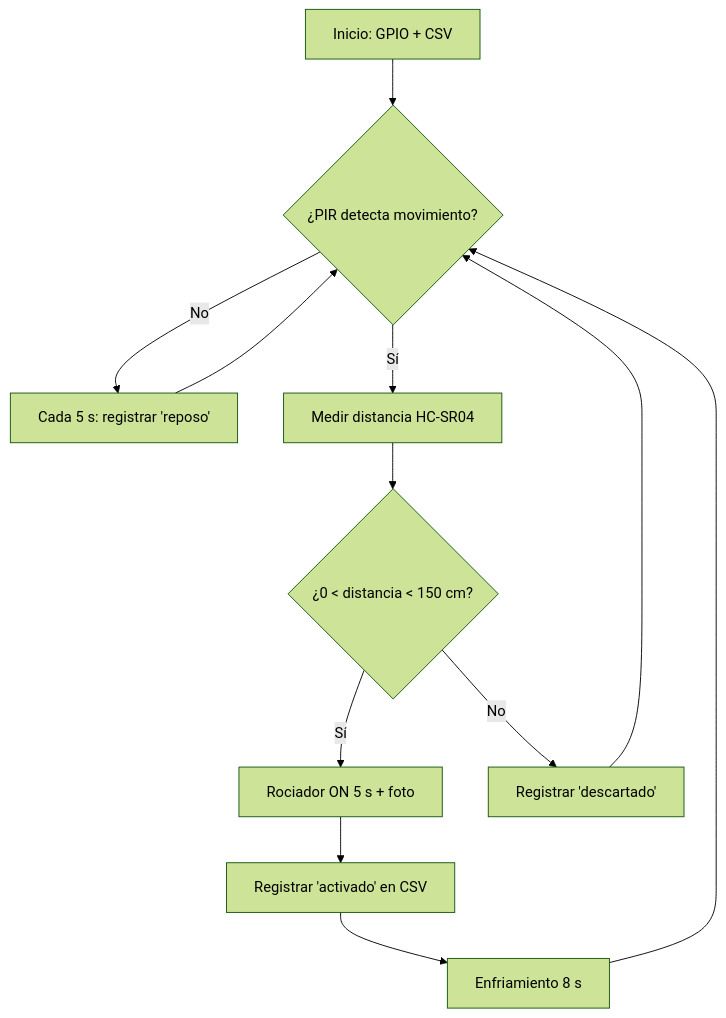
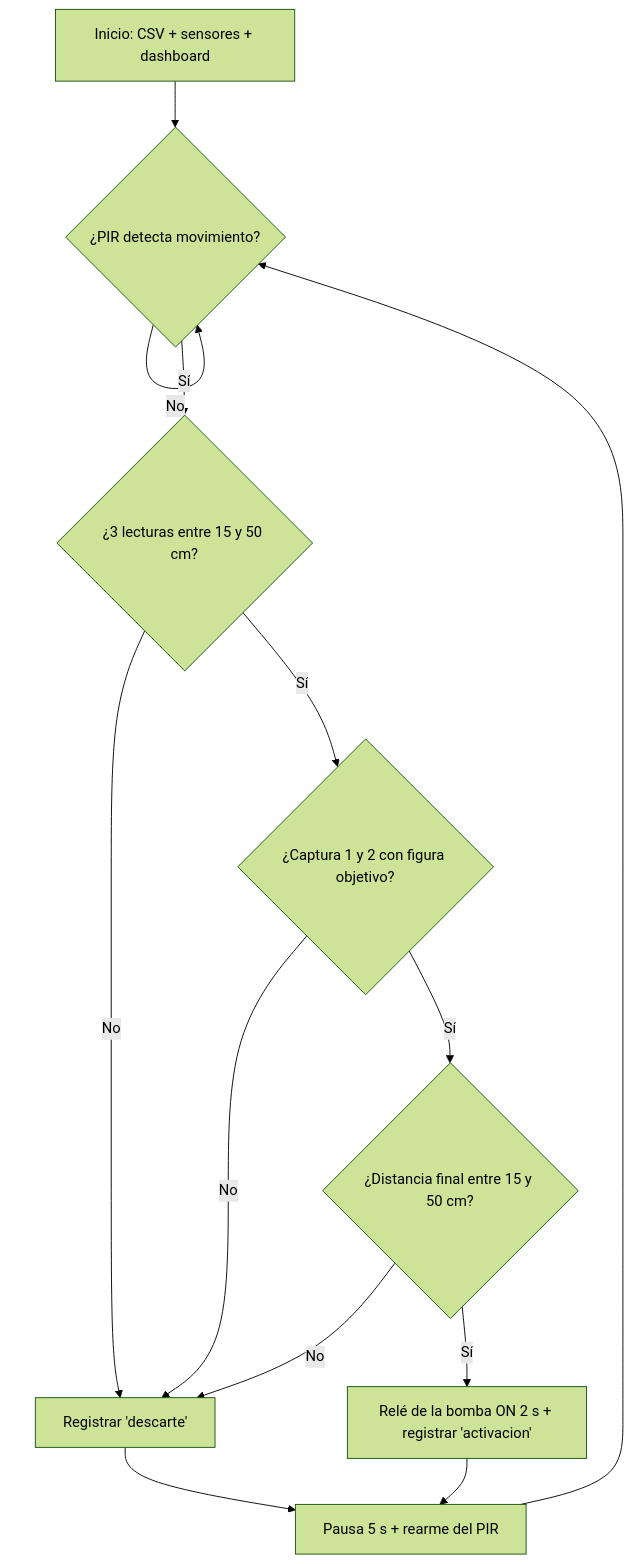
The diagram in software/docs/README.md (Joa-rmz/proyecto_Final_TEI201), drawn with Mermaid (forest theme) before and after one commit. The commit also changed other lines of this file, not shown here.

Commit message:
Programa del equipo con guardado en CSV (software/docs)

````diff
--- a/software/docs/README.md
+++ b/software/docs/README.md
@@ -5,11 +5,15 @@
 ```mermaid
 flowchart TD
-    A[Inicio: GPIO + CSV] --> B{¿PIR detecta movimiento?}
-    B -- No --> R[Cada 5 s: registrar 'reposo'] --> B
-    B -- Sí --> C[Medir distancia HC-SR04]
-    C --> D{¿0 < distancia < 150 cm?}
-    D -- Sí --> E[Rociador ON 5 s + foto]
-    E --> F[Registrar 'activado' en CSV]
-    F --> G[Enfriamiento 8 s] --> B
-    D -- No --> H[Registrar 'descartado'] --> B
+    A[Inicio: CSV + sensores + dashboard] --> B{¿PIR detecta movimiento?}
+    B -- No --> B
+    B -- Sí --> C{¿3 lecturas entre 15 y 50 cm?}
+    C -- No --> X[Registrar 'descarte']
+    C -- Sí --> D{¿Captura 1 y 2 con figura objetivo?}
+    D -- No --> X
+    D -- Sí --> E{¿Distancia final entre 15 y 50 cm?}
+    E -- No --> X
+    E -- Sí --> F[Relé de la bomba ON 2 s + registrar 'activacion']
+    F --> G[Pausa 5 s + rearme del PIR]
+    X --> G
+    G --> B
 ```
````
